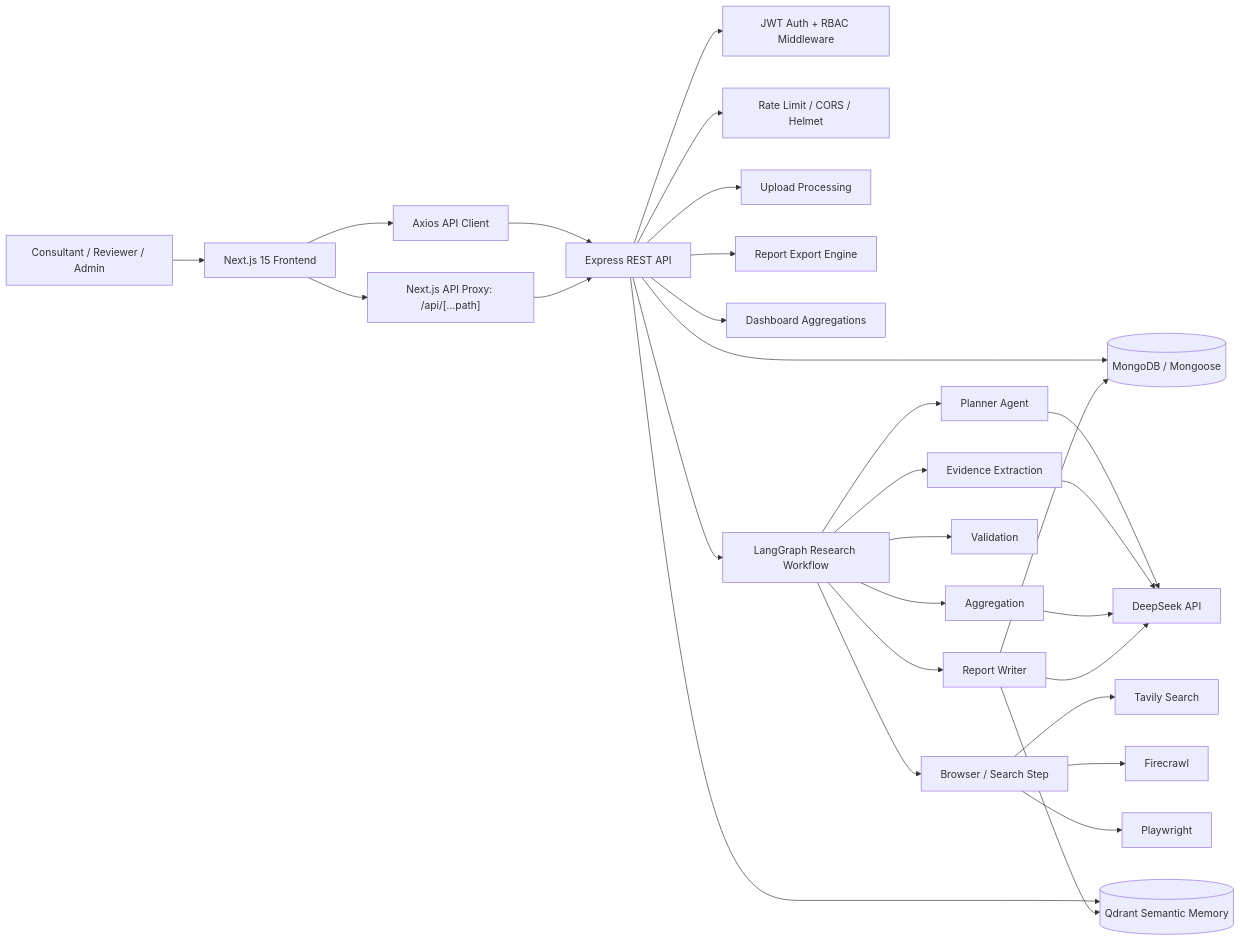
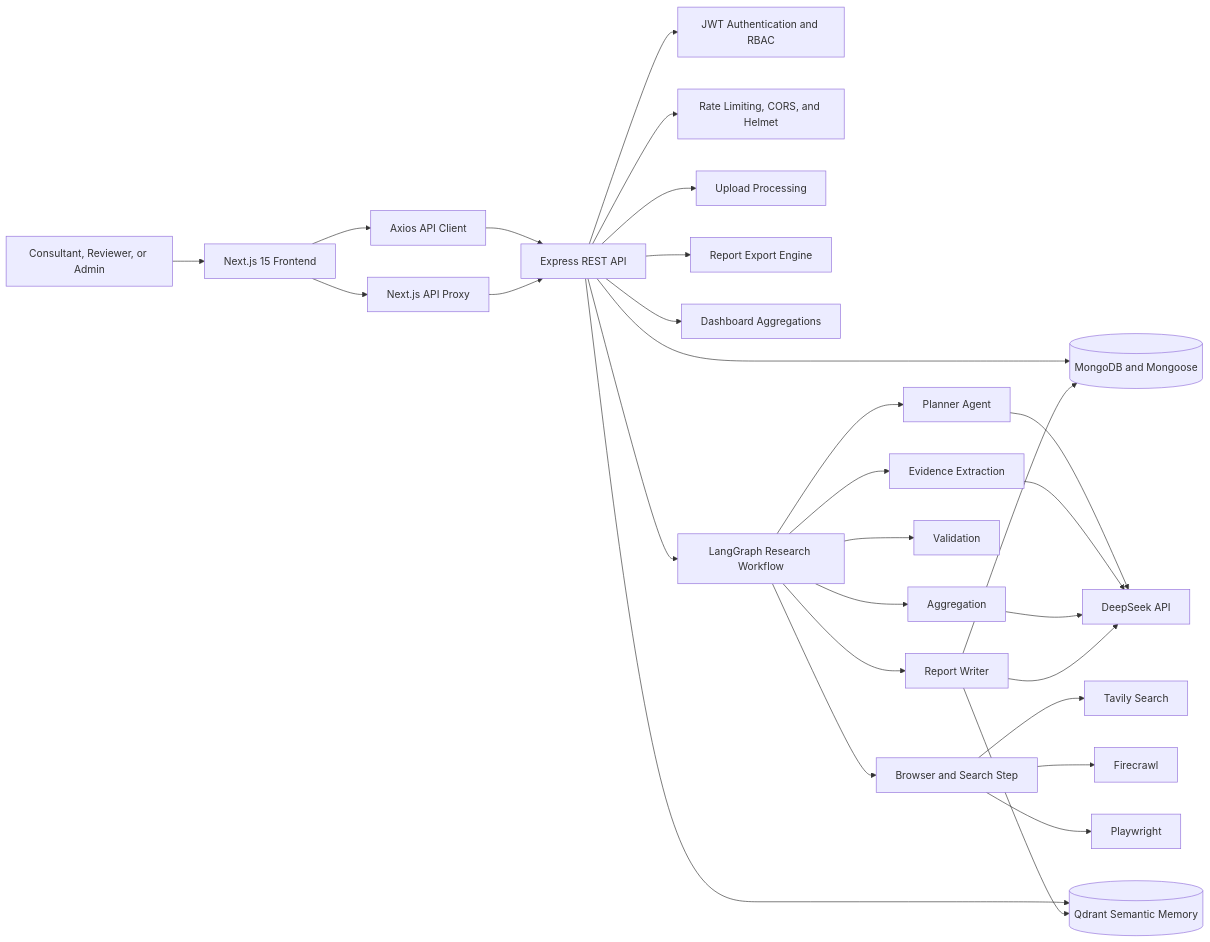
The first of 2 diagrams in README.md (almabetter-school-ds/agentic-research-strategy-engine), drawn with Mermaid before and after one commit. The commit also changed other lines of this file, not shown here.

Commit message:
Document live deployment and API docs

````diff
--- a/README.md
+++ b/README.md
@@ -84,31 +98,36 @@
 ```mermaid
 flowchart LR
-  user[Consultant / Reviewer / Admin] --> frontend[Next.js 15 Frontend]
-  frontend --> apiClient[Axios API Client]
-  frontend --> proxy["Next.js API Proxy: /api/[...path]"]
-  apiClient --> backend[Express REST API]
+  user["Consultant, Reviewer, or Admin"] --> frontend["Next.js 15 Frontend"]
+  frontend --> apiClient["Axios API Client"]
+  frontend --> proxy["Next.js API Proxy"]
+  apiClient --> backend["Express REST API"]
   proxy --> backend
-  backend --> auth[JWT Auth + RBAC Middleware]
-  backend --> rateLimit[Rate Limit / CORS / Helmet]
-  backend --> mongo[(MongoDB / Mongoose)]
-  backend --> uploads[Upload Processing]
-  backend --> reports[Report Export Engine]
-  backend --> dashboard[Dashboard Aggregations]
-  backend --> researchFlow[LangGraph Research Workflow]
-  backend --> qdrant[(Qdrant Semantic Memory)]
-  researchFlow --> planner[Planner Agent]
-  researchFlow --> browser[Browser / Search Step]
-  researchFlow --> extract[Evidence Extraction]
-  researchFlow --> validate[Validation]
-  researchFlow --> aggregate[Aggregation]
-  researchFlow --> writer[Report Writer]
-  planner --> deepseek[DeepSeek API]
+
+  backend --> auth["JWT Authentication and RBAC"]
+  backend --> rateLimit["Rate Limiting, CORS, and Helmet"]
+  backend --> mongo[("MongoDB and Mongoose")]
+  backend --> uploads["Upload Processing"]
+  backend --> reports["Report Export Engine"]
+  backend --> dashboard["Dashboard Aggregations"]
+  backend --> researchFlow["LangGraph Research Workflow"]
+  backend --> qdrant[("Qdrant Semantic Memory")]
+
+  researchFlow --> planner["Planner Agent"]
+  researchFlow --> browser["Browser and Search Step"]
+  researchFlow --> extract["Evidence Extraction"]
+  researchFlow --> validate["Validation"]
+  researchFlow --> aggregate["Aggregation"]
+  researchFlow --> writer["Report Writer"]
+
+  planner --> deepseek["DeepSeek API"]
   extract --> deepseek
   aggregate --> deepseek
   writer --> deepseek
-  browser --> tavily[Tavily Search]
-  browser --> firecrawl[Firecrawl]
-  browser --> playwright[Playwright]
+
+  browser --> tavily["Tavily Search"]
+  browser --> firecrawl["Firecrawl"]
+  browser --> playwright["Playwright"]
+
   writer --> mongo
   writer --> qdrant
 ```
````
